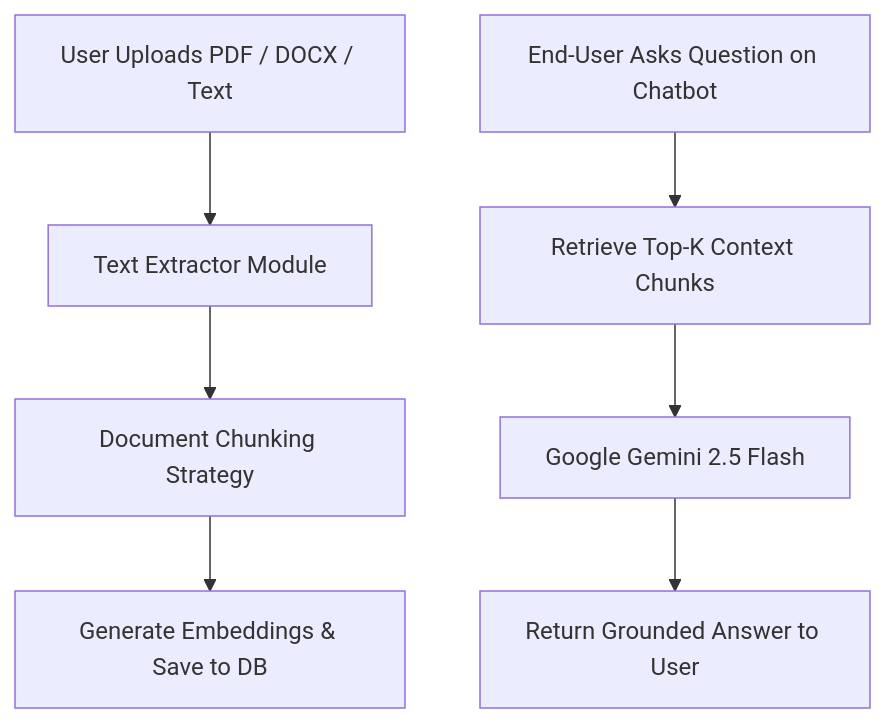
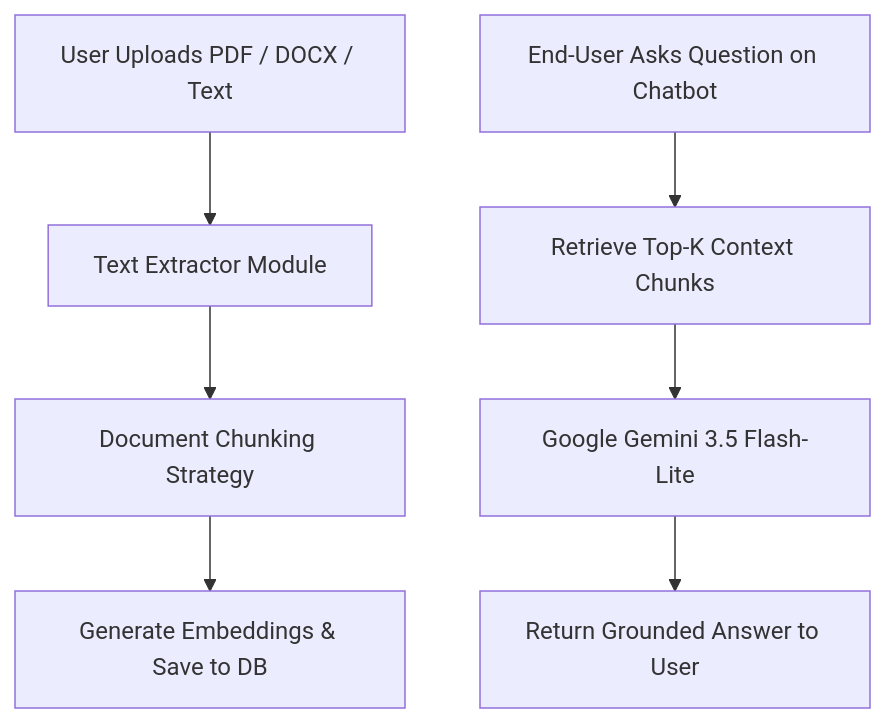
The diagram in README.md (Shuhel15/DocMesh), drawn with Mermaid before and after one commit.

````diff
--- a/README.md
+++ b/README.md
@@ -148,9 +148,9 @@
 ```mermaid
 graph TD
     A[User Uploads PDF / DOCX / Text] --> B[Text Extractor Module]
     B --> C[Document Chunking Strategy]
     C --> D[Generate Embeddings & Save to DB]
     E[End-User Asks Question on Chatbot] --> F[Retrieve Top-K Context Chunks]
-    F --> G[Google Gemini 2.5 Flash]
+    F --> G[Google Gemini 3.5 Flash-Lite]
     G --> H[Return Grounded Answer to User]
 ```
````
